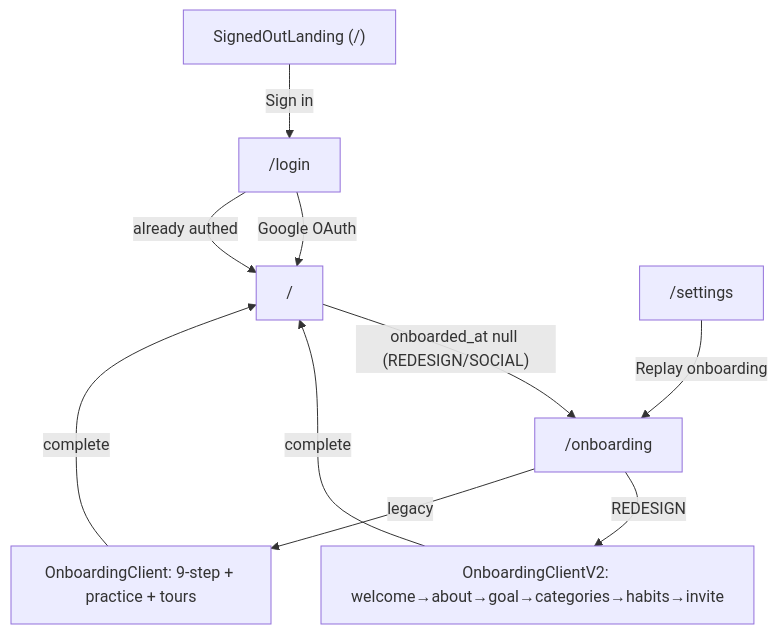
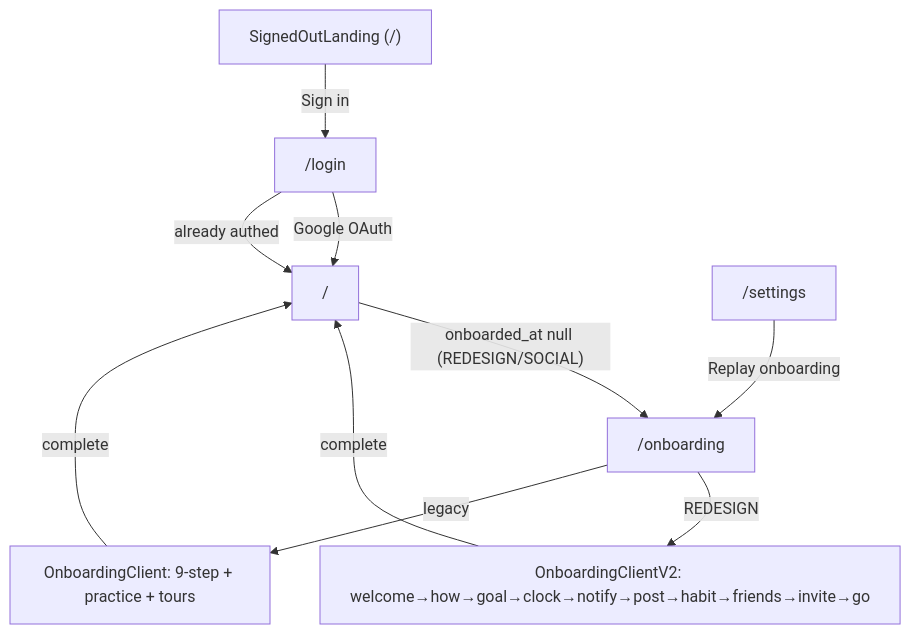
One commit to iroybisw47/progra changed the first of 7 diagrams in docs/SCREENS.md. Above: the diagram before and after it, drawn with Mermaid. The commit also changed other lines of this file and 5 other files, not shown here.

First line of the commit message:
Onboarding: explain how Progra works, and say what to do

````diff
--- a/docs/SCREENS.md
+++ b/docs/SCREENS.md
@@ -172,12 +172,12 @@
 ```mermaid
 flowchart TD
   landing["SignedOutLanding (/)"] -->|Sign in| login["/login"]
   login -->|Google OAuth| root["/"]
   login -->|already authed| root
   root -->|"onboarded_at null (REDESIGN/SOCIAL)"| onb["/onboarding"]
-  onb -->|REDESIGN| v2["OnboardingClientV2: welcome→about→goal→categories→habits→invite"]
+  onb -->|REDESIGN| v2["OnboardingClientV2: welcome→how→goal→clock→notify→post→habit→friends→invite→go"]
   onb -->|legacy| lg["OnboardingClient: 9-step + practice + tours"]
   v2 -->|complete| root
   lg -->|complete| root
   settings["/settings"] -->|Replay onboarding| onb
 ```
````
